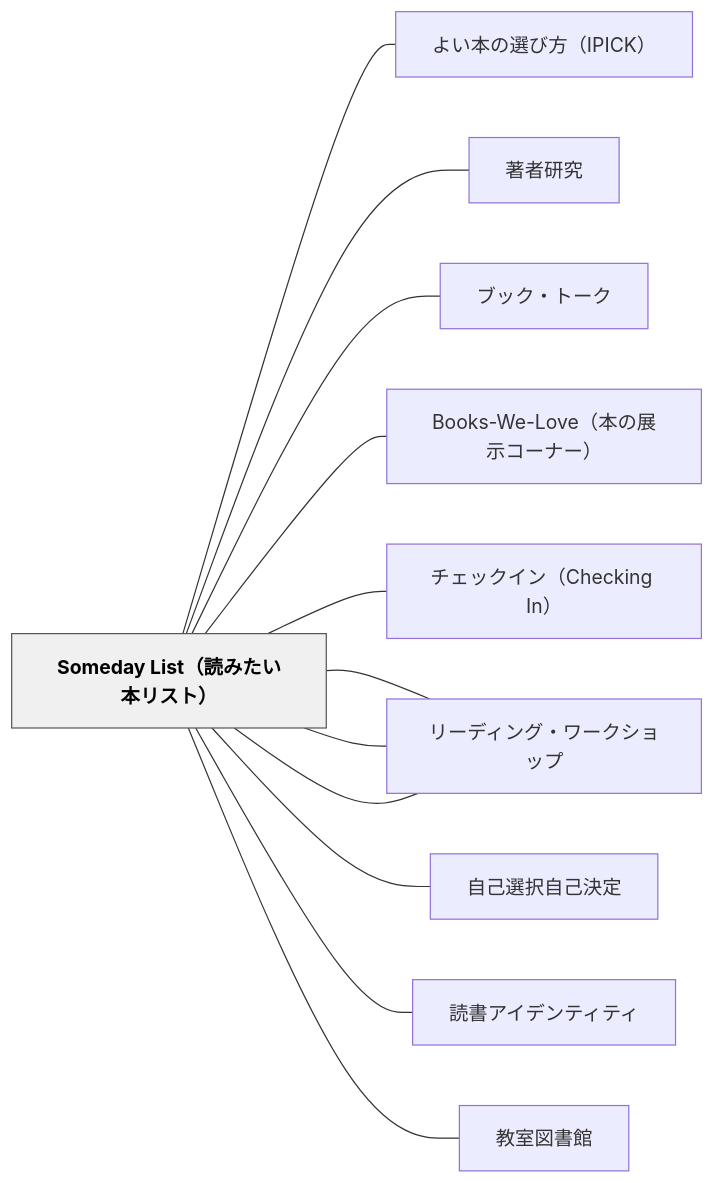
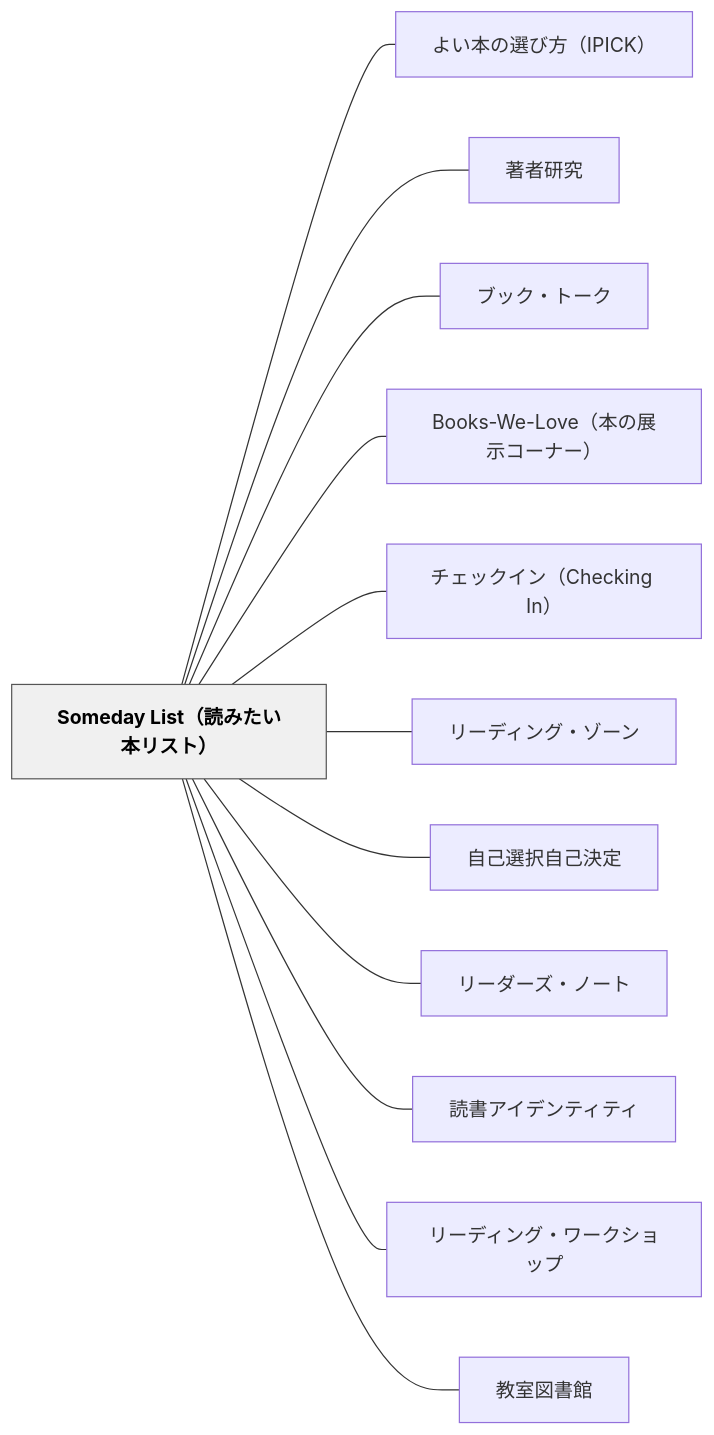
The diagram in content/パタン/Someday List（読みたい本リスト）.md (unknownthings-ed-patterns/unknownthings-ed-patterns), drawn with Mermaid before and after one commit. The commit also changed 527 other files, not shown here.

````diff
--- a/content/パタン/Someday List（読みたい本リスト）.md
+++ b/content/パタン/Someday List（読みたい本リスト）.md
@@ -112,30 +112,30 @@
 ```mermaid
 flowchart LR
-    n536f6d656461["Someday List（読みたい本リスト）"]
-    ne38288e38184["よい本の選び方（IPICK）"]
-    ne89197e88085["著者研究"]
-    ne38396e38383["ブック・トーク"]
-    n426f6f6b732d["Books-We-Love（本の展示コーナー）"]
-    ne38381e382a7["チェックイン（Checking In）"]
-    ne383aae383bc["リーディング・ゾーン"]
-    ne887aae5b7b1["自己選択自己決定"]
-    ne383aae383bc["リーダーズ・ノート"]
-    ne8aaade69bb8["読書アイデンティティ"]
-    ne383aae383bc["リーディング・ワークショップ"]
-    ne69599e5aea4["教室図書館"]
+    n536f6d65646179204c697374efbc88e8aaade381bfe3819fe38184e69cace383aae382b9e38388efbc89["Someday List（読みたい本リスト）"]
+    ne38288e38184e69cace381aee981b8e381b3e696b9efbc88495049434befbc89["よい本の選び方（IPICK）"]
+    ne89197e88085e7a094e7a9b6["著者研究"]
+    ne38396e38383e382afe383bbe38388e383bce382af["ブック・トーク"]
+    n426f6f6b732d57652d4c6f7665efbc88e69cace381aee5b195e7a4bae382b3e383bce3838ae383bcefbc89["Books-We-Love（本の展示コーナー）"]
+    ne38381e382a7e38383e382afe382a4e383b3efbc88436865636b696e6720496eefbc89["チェックイン（Checking In）"]
+    ne383aae383bce38387e382a3e383b3e382b0e383bbe382bee383bce383b3["リーディング・ゾーン"]
+    ne887aae5b7b1e981b8e68a9ee887aae5b7b1e6b1bae5ae9a["自己選択自己決定"]
+    ne383aae383bce38380e383bce382bae383bbe3838ee383bce38388["リーダーズ・ノート"]
+    ne8aaade69bb8e382a2e382a4e38387e383b3e38386e382a3e38386e382a3["読書アイデンティティ"]
+    ne383aae383bce38387e382a3e383b3e382b0e383bbe383afe383bce382afe382b7e383a7e38383e38397["リーディング・ワークショップ"]
+    ne69599e5aea4e59bb3e69bb8e9a4a8["教室図書館"]
 
-    n536f6d656461 --- ne38288e38184
-    n536f6d656461 --- ne89197e88085
-    n536f6d656461 --- ne38396e38383
-    n536f6d656461 --- n426f6f6b732d
-    n536f6d656461 --- ne38381e382a7
-    n536f6d656461 --- ne383aae383bc
-    n536f6d656461 --- ne887aae5b7b1
-    n536f6d656461 --- ne383aae383bc
-    n536f6d656461 --- ne8aaade69bb8
-    n536f6d656461 --- ne383aae383bc
-    n536f6d656461 --- ne69599e5aea4
+    n536f6d65646179204c697374efbc88e8aaade381bfe3819fe38184e69cace383aae382b9e38388efbc89 --- ne38288e38184e69cace381aee981b8e381b3e696b9efbc88495049434befbc89
+    n536f6d65646179204c697374efbc88e8aaade381bfe3819fe38184e69cace383aae382b9e38388efbc89 --- ne89197e88085e7a094e7a9b6
+    n536f6d65646179204c697374efbc88e8aaade381bfe3819fe38184e69cace383aae382b9e38388efbc89 --- ne38396e38383e382afe383bbe38388e383bce382af
+    n536f6d65646179204c697374efbc88e8aaade381bfe3819fe38184e69cace383aae382b9e38388efbc89 --- n426f6f6b732d57652d4c6f7665efbc88e69cace381aee5b195e7a4bae382b3e383bce3838ae383bcefbc89
+    n536f6d65646179204c697374efbc88e8aaade381bfe3819fe38184e69cace383aae382b9e38388efbc89 --- ne38381e382a7e38383e382afe382a4e383b3efbc88436865636b696e6720496eefbc89
+    n536f6d65646179204c697374efbc88e8aaade381bfe3819fe38184e69cace383aae382b9e38388efbc89 --- ne383aae383bce38387e382a3e383b3e382b0e383bbe382bee383bce383b3
+    n536f6d65646179204c697374efbc88e8aaade381bfe3819fe38184e69cace383aae382b9e38388efbc89 --- ne887aae5b7b1e981b8e68a9ee887aae5b7b1e6b1bae5ae9a
+    n536f6d65646179204c697374efbc88e8aaade381bfe3819fe38184e69cace383aae382b9e38388efbc89 --- ne383aae383bce38380e383bce382bae383bbe3838ee383bce38388
+    n536f6d65646179204c697374efbc88e8aaade381bfe3819fe38184e69cace383aae382b9e38388efbc89 --- ne8aaade69bb8e382a2e382a4e38387e383b3e38386e382a3e38386e382a3
+    n536f6d65646179204c697374efbc88e8aaade381bfe3819fe38184e69cace383aae382b9e38388efbc89 --- ne383aae383bce38387e382a3e383b3e382b0e383bbe383afe383bce382afe382b7e383a7e38383e38397
+    n536f6d65646179204c697374efbc88e8aaade381bfe3819fe38184e69cace383aae382b9e38388efbc89 --- ne69599e5aea4e59bb3e69bb8e9a4a8
 
     classDef hub fill:#f0f0f0,stroke:#555,color:#000,font-weight:bold
-    class n536f6d656461 hub
+    class n536f6d65646179204c697374efbc88e8aaade381bfe3819fe38184e69cace383aae382b9e38388efbc89 hub
 ```
````
